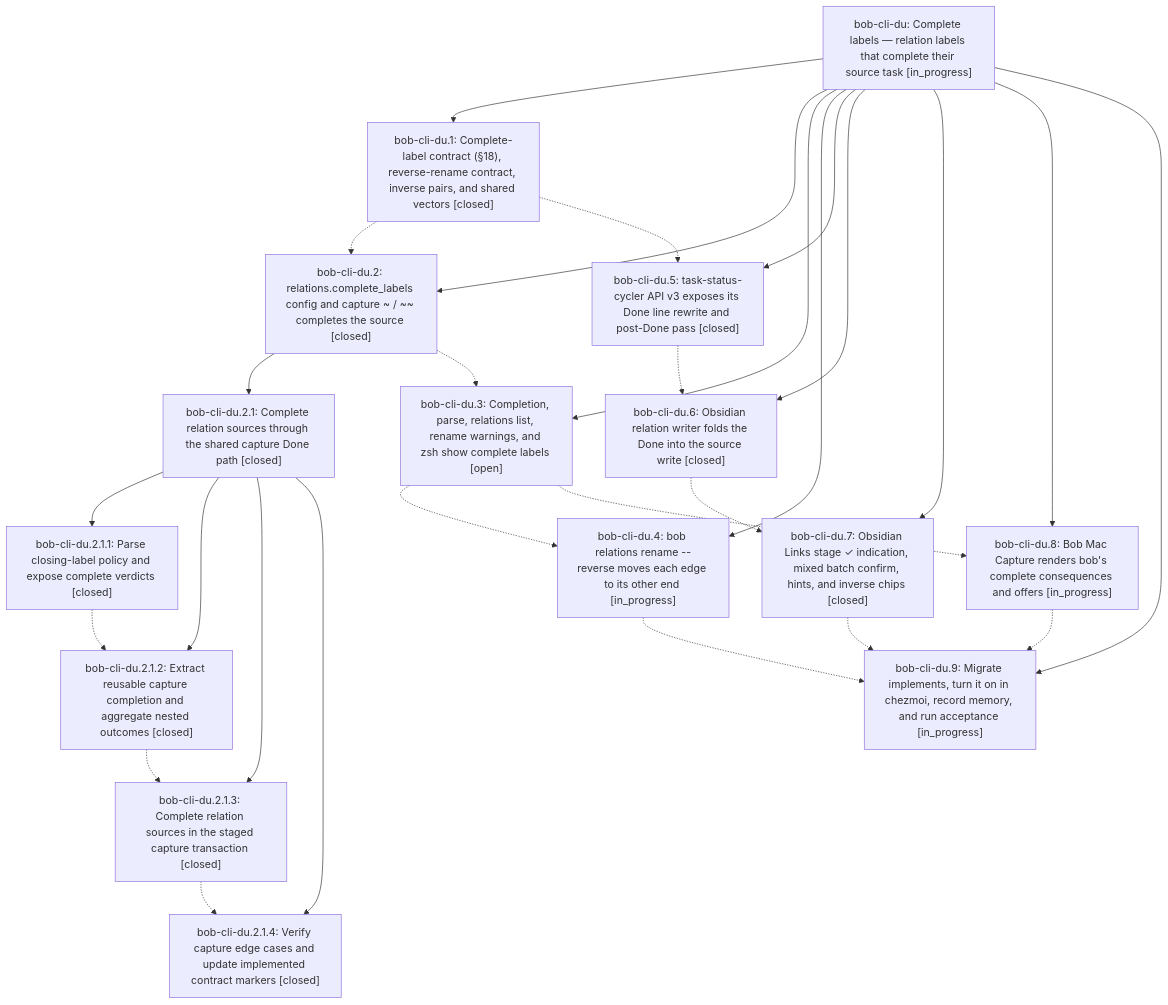
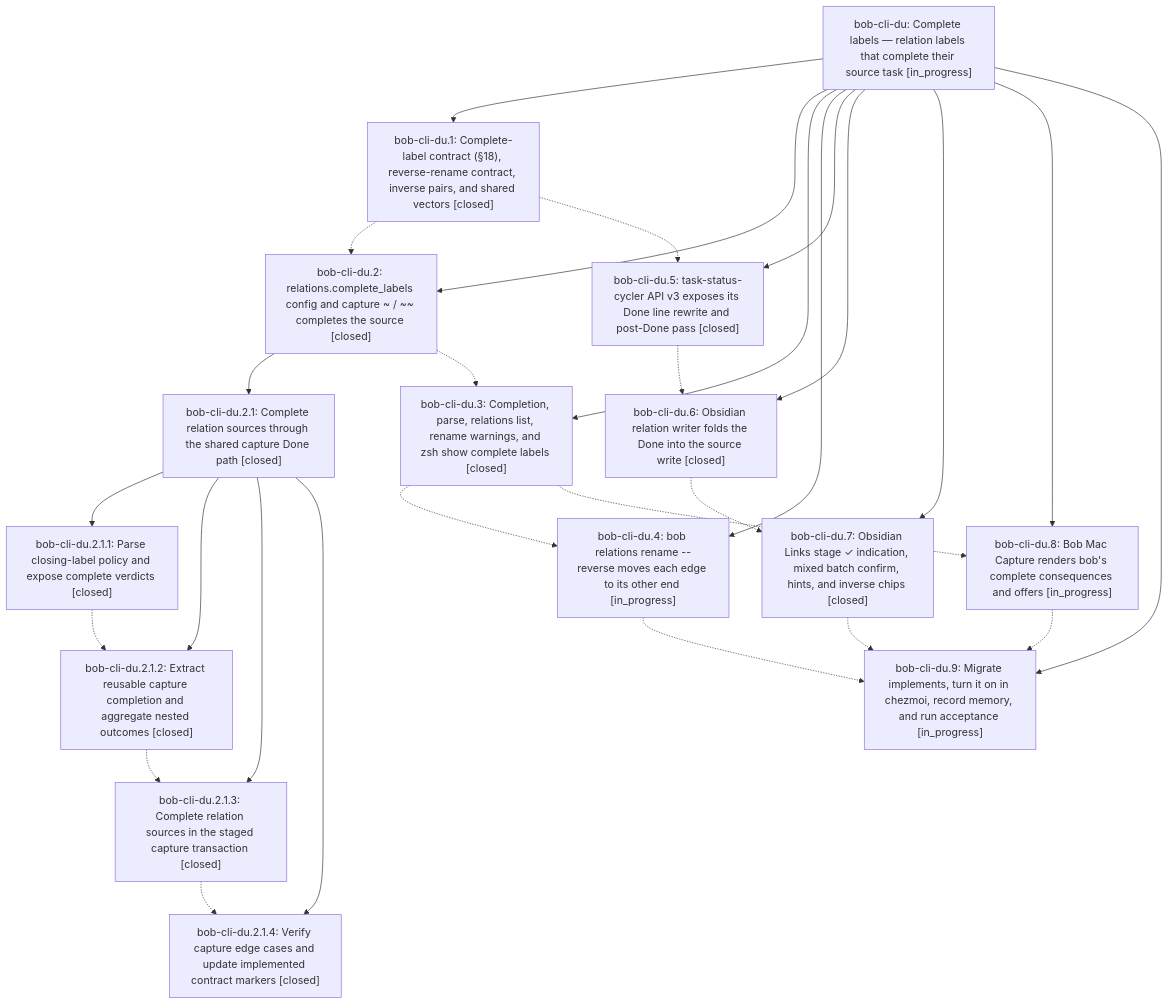
One commit to bobs-org/bob-cli--beads changed the diagram in pages/bob-cli-du/README.md. Above: the diagram before and after it, drawn with Mermaid. The commit also changed other lines of this file and 5 other files, not shown here.

First line of the commit message:
chore(beads): sync bead state and pages for bob-cli-du

````diff
--- a/pages/bob-cli-du/README.md
+++ b/pages/bob-cli-du/README.md
@@ -44,45 +44,45 @@
 ```mermaid
 flowchart TD
     n0["bob-cli-du: Complete labels — relation labels that complete their source task [in_progress]"]
     n1["bob-cli-du.1: Complete-label contract (§18), reverse-rename contract, inverse pairs, and shared vectors [closed]"]
     n2["bob-cli-du.2: relations.complete_labels config and capture ~ / ~~ completes the source [closed]"]
     n3["bob-cli-du.2.1: Complete relation sources through the shared capture Done path [closed]"]
     n4["bob-cli-du.2.1.1: Parse closing-label policy and expose complete verdicts [closed]"]
     n5["bob-cli-du.2.1.2: Extract reusable capture completion and aggregate nested outcomes [closed]"]
     n6["bob-cli-du.2.1.3: Complete relation sources in the staged capture transaction [closed]"]
     n7["bob-cli-du.2.1.4: Verify capture edge cases and update implemented contract markers [closed]"]
-    n8["bob-cli-du.3: Completion, parse, relations list, rename warnings, and zsh show complete labels [open]"]
+    n8["bob-cli-du.3: Completion, parse, relations list, rename warnings, and zsh show complete labels [closed]"]
     n9["bob-cli-du.4: bob relations rename --reverse moves each edge to its other end [in_progress]"]
     n10["bob-cli-du.5: task-status-cycler API v3 exposes its Done line rewrite and post-Done pass [closed]"]
     n11["bob-cli-du.6: Obsidian relation writer folds the Done into the source write [closed]"]
     n12["bob-cli-du.7: Obsidian Links stage ✓ indication, mixed batch confirm, hints, and inverse chips [closed]"]
     n13["bob-cli-du.8: Bob Mac Capture renders bob's complete consequences and offers [in_progress]"]
     n14["bob-cli-du.9: Migrate implements, turn it on in chezmoi, record memory, and run acceptance [in_progress]"]
     n0 --> n1
     n0 --> n2
     n2 --> n3
     n3 --> n4
     n3 --> n5
     n3 --> n6
     n3 --> n7
     n0 --> n8
     n0 --> n9
     n0 --> n10
     n0 --> n11
     n0 --> n12
     n0 --> n13
     n0 --> n14
     n1 -.-> n2
     n1 -.-> n10
     n2 -.-> n8
     n4 -.-> n5
     n5 -.-> n6
     n6 -.-> n7
     n8 -.-> n9
     n8 -.-> n13
     n9 -.-> n14
     n10 -.-> n11
     n11 -.-> n12
     n12 -.-> n14
     n13 -.-> n14
 ```
````
